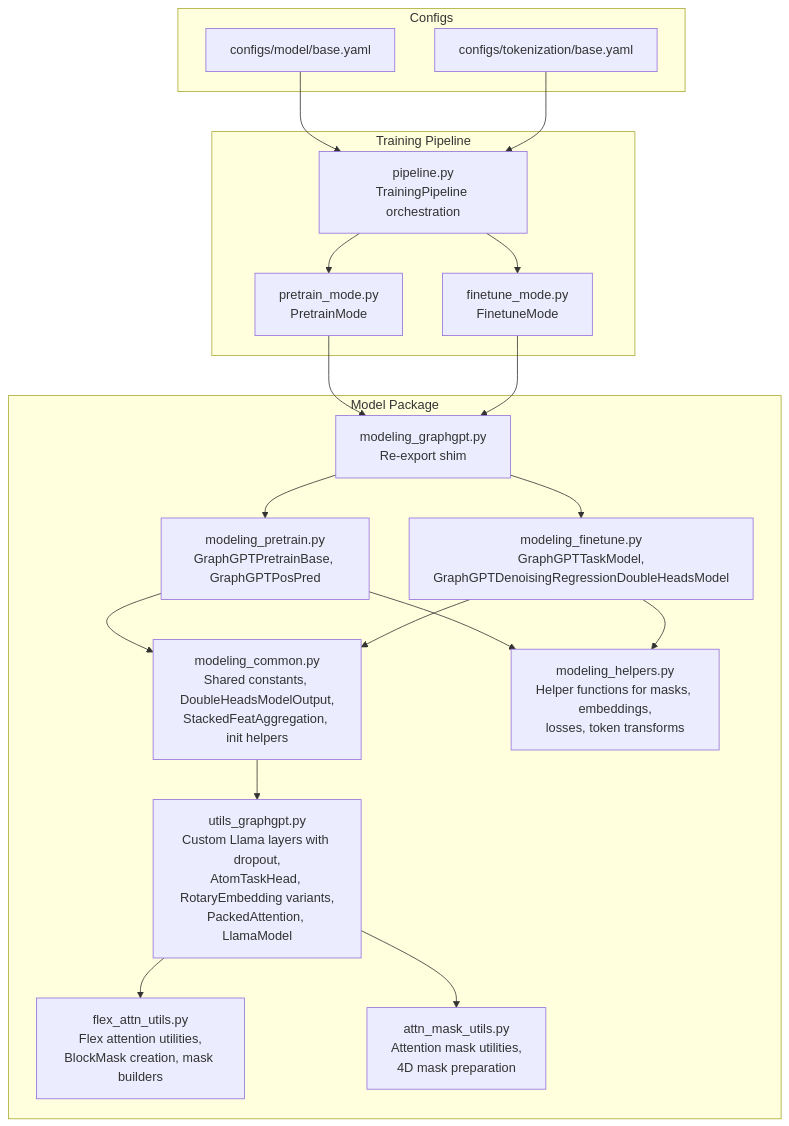
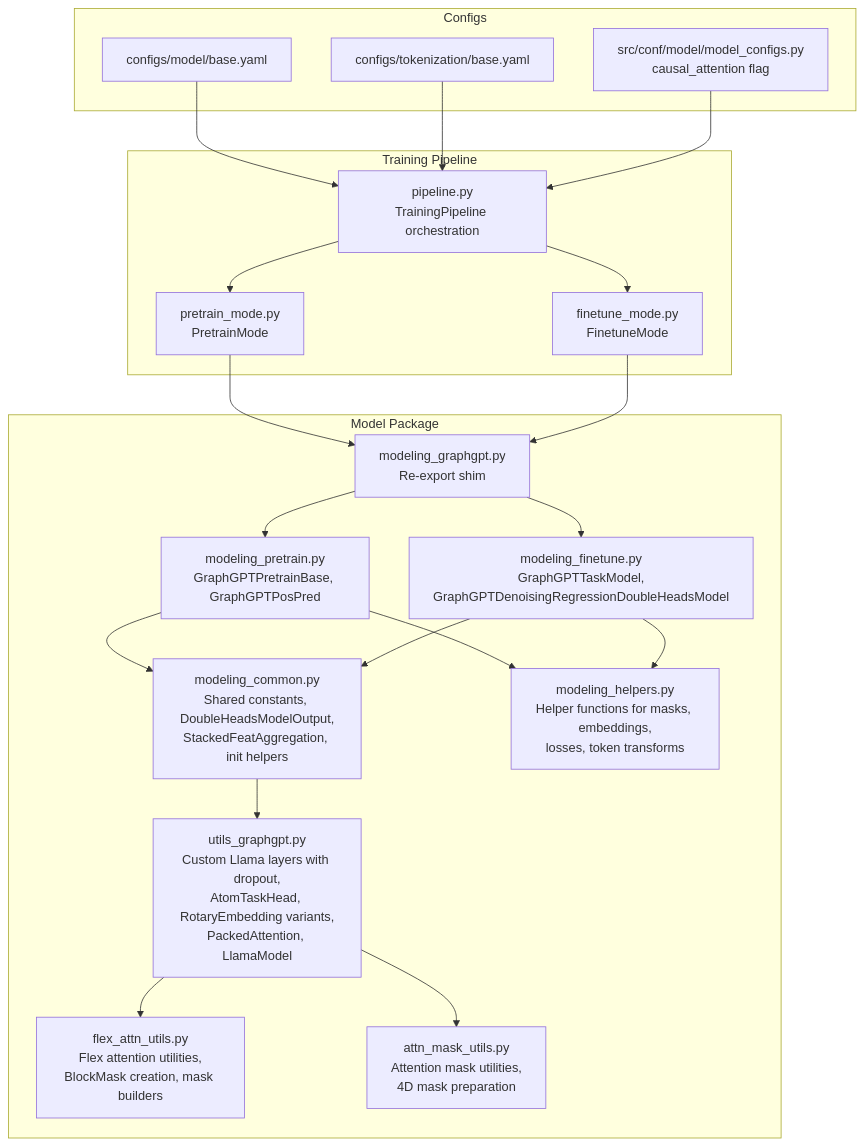
Before and after one commit to alibaba/graph-gpt: the first of 9 diagrams in .qoder/repowiki/en/content/Model Architecture/Model Architecture.md, drawn with Mermaid. The commit also changed other lines of this file and 7 other files, not shown here.

````diff
--- a/.qoder/repowiki/en/content/Model Architecture/Model Architecture.md
+++ b/.qoder/repowiki/en/content/Model Architecture/Model Architecture.md
@@ -53,37 +54,39 @@
 ```mermaid
 graph TB
 subgraph "Model Package"
 A["modeling_graphgpt.py<br/>Re-export shim"]
 B["modeling_pretrain.py<br/>GraphGPTPretrainBase, GraphGPTPosPred"]
 C["modeling_finetune.py<br/>GraphGPTTaskModel,<br/>GraphGPTDenoisingRegressionDoubleHeadsModel"]
 D["modeling_common.py<br/>Shared constants, DoubleHeadsModelOutput,<br/>StackedFeatAggregation, init helpers"]
 E["modeling_helpers.py<br/>Helper functions for masks, embeddings,<br/>losses, token transforms"]
 F["utils_graphgpt.py<br/>Custom Llama layers with dropout,<br/>AtomTaskHead, RotaryEmbedding variants,<br/>PackedAttention, LlamaModel"]
 G["flex_attn_utils.py<br/>Flex attention utilities,<br/>BlockMask creation, mask builders"]
 H["attn_mask_utils.py<br/>Attention mask utilities,<br/>4D mask preparation"]
 end
 subgraph "Configs"
 I["configs/model/base.yaml"]
 J["configs/tokenization/base.yaml"]
+K["src/conf/model/model_configs.py<br/>causal_attention flag"]
 end
 subgraph "Training Pipeline"
-K["pretrain_mode.py<br/>PretrainMode"]
-L["finetune_mode.py<br/>FinetuneMode"]
-M["pipeline.py<br/>TrainingPipeline orchestration"]
+L["pretrain_mode.py<br/>PretrainMode"]
+M["finetune_mode.py<br/>FinetuneMode"]
+N["pipeline.py<br/>TrainingPipeline orchestration"]
 end
 A --> B
 A --> C
 B --> D
 C --> D
 B --> E
 C --> E
 D --> F
 F --> G
 F --> H
-K --> A
 L --> A
-M --> K
-M --> L
-I --> M
-J --> M
+M --> A
+N --> L
+N --> M
+I --> N
+J --> N
+K --> N
 ```
````
